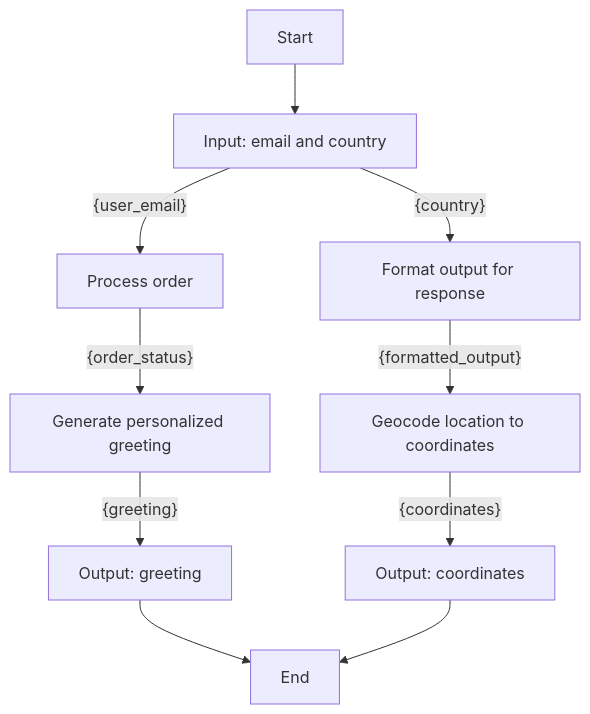
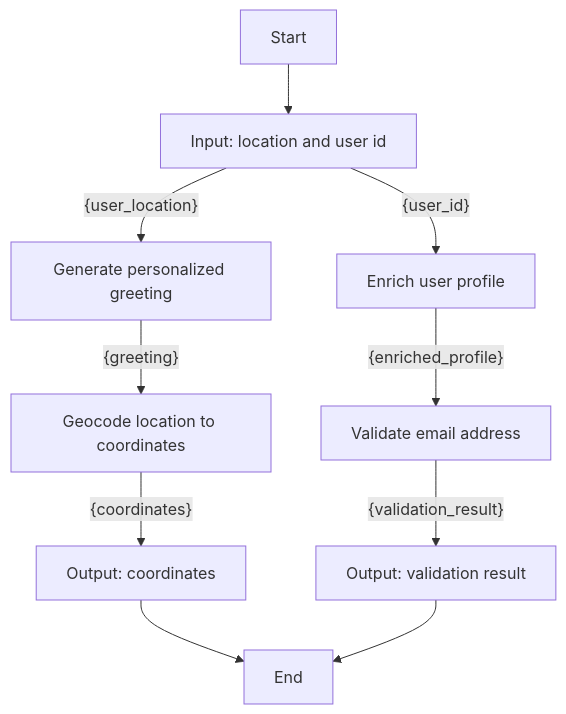
The diagram in poc-dsl-compiler/input/workflows/workflow_4.md (YJ-928/Temporal-Python-SDK), drawn with Mermaid before and after one commit. The commit also changed 52 other files, not shown here.

````diff
--- a/poc-dsl-compiler/input/workflows/workflow_4.md
+++ b/poc-dsl-compiler/input/workflows/workflow_4.md
@@ -1,12 +1,12 @@
 ```mermaid
 graph TD
-    A[Start] --> B[Input: email and country]
-    B[Input: email and country] -- {user_email} --> C[Process order]
-    C[Process order] -- {order_status} --> D[Generate personalized greeting]
-    D[Generate personalized greeting] -- {greeting} --> E[Output: greeting]
-    E[Output: greeting] --> I[End]
-    B[Input: email and country] -- {country} --> F[Format output for response]
-    F[Format output for response] -- {formatted_output} --> G[Geocode location to coordinates]
-    G[Geocode location to coordinates] -- {coordinates} --> H[Output: coordinates]
-    H[Output: coordinates] --> I[End]
+    A[Start] --> B[Input: location and user id]
+    B[Input: location and user id] -- {user_location} --> C[Generate personalized greeting]
+    C[Generate personalized greeting] -- {greeting} --> D[Geocode location to coordinates]
+    D[Geocode location to coordinates] -- {coordinates} --> E[Output: coordinates]
+    E[Output: coordinates] --> I[End]
+    B[Input: location and user id] -- {user_id} --> F[Enrich user profile]
+    F[Enrich user profile] -- {enriched_profile} --> G[Validate email address]
+    G[Validate email address] -- {validation_result} --> H[Output: validation result]
+    H[Output: validation result] --> I[End]
 ```
````
